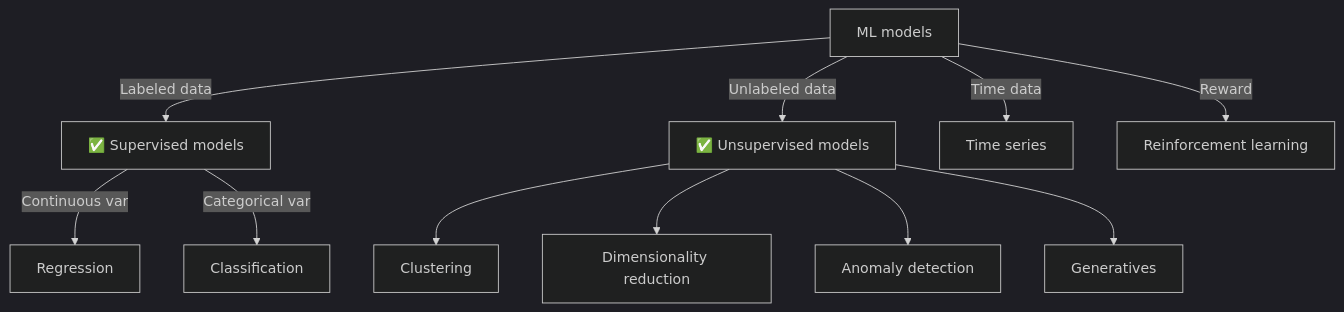
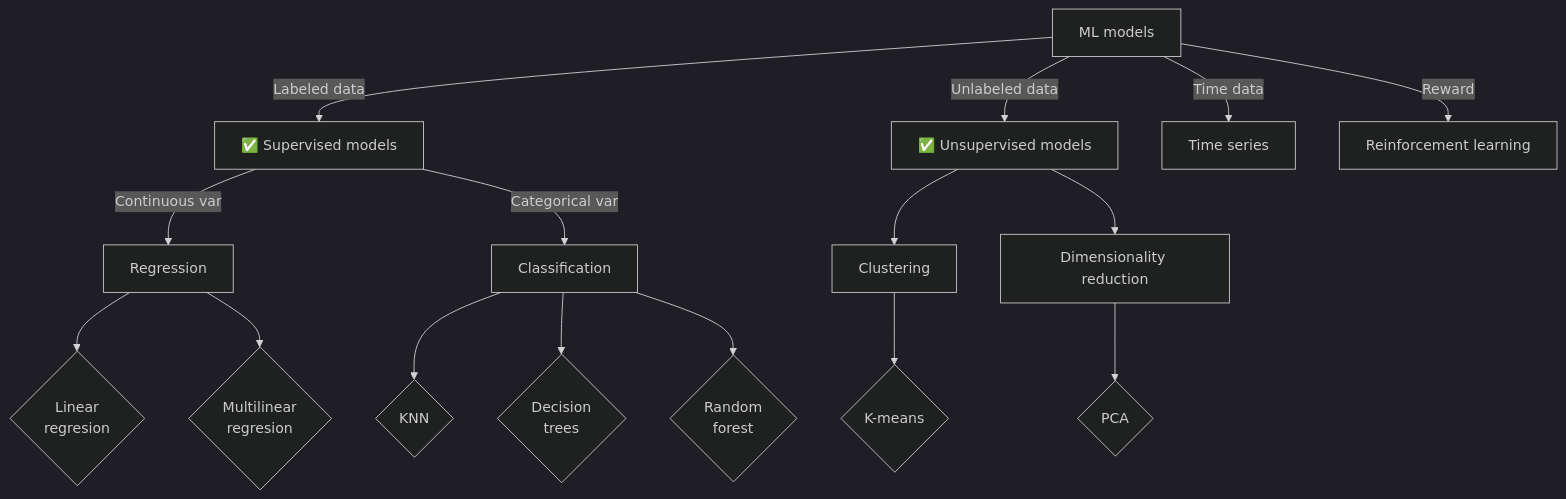
Before and after one commit to charlstown/ai-applied-education: the second of 2 diagrams in docs/program/overview.md, drawn with Mermaid (dark theme). The commit also changed other lines of this file, not shown here.

````diff
--- a/docs/program/overview.md
+++ b/docs/program/overview.md
@@ -59,13 +64,18 @@
 ``` mermaid
 graph TD
     ML[ML models] -->|Labeled data| SML["✅ Supervised models"];
     ML -->|Unlabeled data| UML["✅ Unsupervised models"];
     ML -->|Time data| TS["Time series"];
     ML -->|Reward| RL["Reinforcement learning"];
     SML -->|Continuous var| MLR[Regression];
     SML -->|Categorical var| MLC[Classification];
     UML --> UMLC[Clustering];
     UML --> UMLDR[Dimensionality reduction];
-    UML --> UMLA[Anomaly detection];
-    UML --> UMLG[Generatives];
+    MLR --> LR{Linear\n regresion};
+    MLR --> LRM{Multilinear\n regresion};
+    MLC --> KNN{KNN};
+    MLC --> DC{Decision\n trees};
+    MLC --> RF{Random\n forest};
+    UMLC --> KMNS{K-means};
+    UMLDR --> PCA{PCA};
 ```
````
